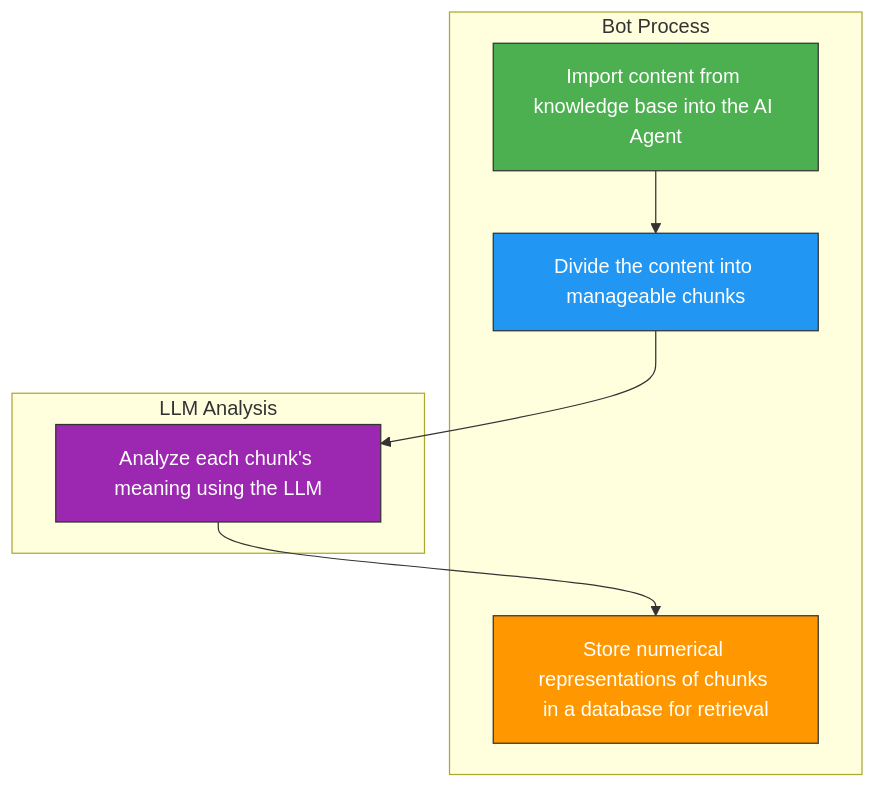
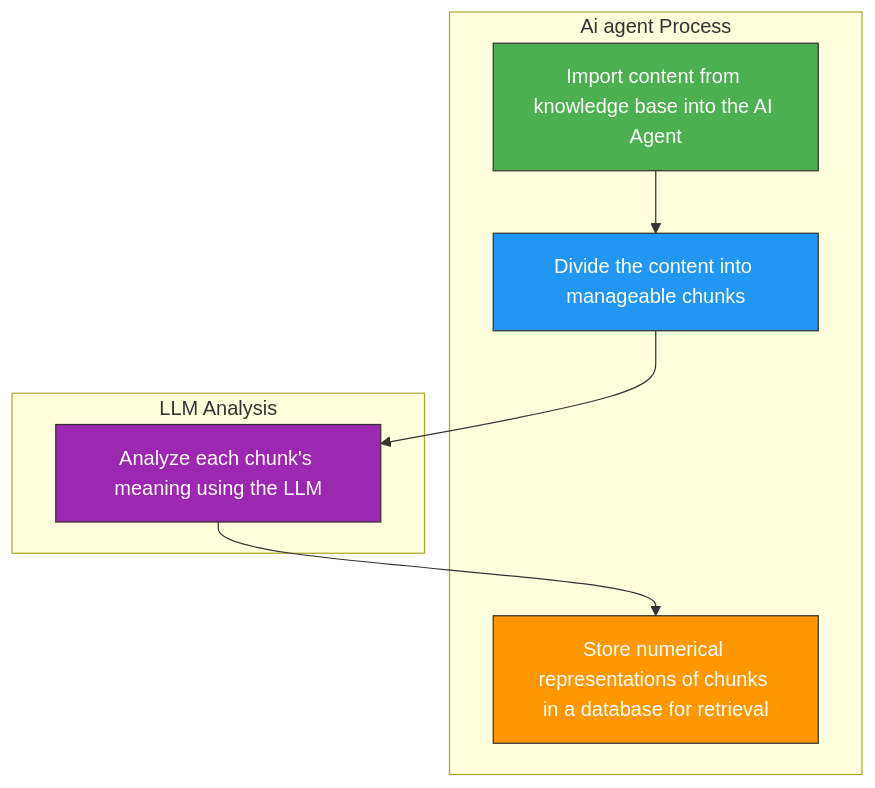
One commit to SimonBotslovers/docs changed the diagram in ug_understandai_en.mdx. Above: the diagram before and after it, drawn with Mermaid.

Commit message:
Documentation edits made through Mintlify web editor

````diff
--- a/ug_understandai_en.mdx
+++ b/ug_understandai_en.mdx
@@ -41,21 +53,21 @@
 ```mermaid
   graph TD
     A[Import content from knowledge base into the AI Agent] --> B[Divide the content into manageable chunks]
     B --> C[Analyze each chunk's meaning using the LLM]
     C --> D[Store numerical representations of chunks in a database for retrieval]
     
     style A fill:#4CAF50,stroke:#333,color:#FFFFFF
     style B fill:#2196F3,stroke:#333,color:#FFFFFF
     style C fill:#9C27B0,stroke:#333,color:#FFFFFF
     style D fill:#FF9800,stroke:#333,color:#FFFFFF
     
-    subgraph Bot Process
+    subgraph Ai agent Process
         A
         B
         D
     end
     
     subgraph LLM Analysis
         C
     end
 ```
````
